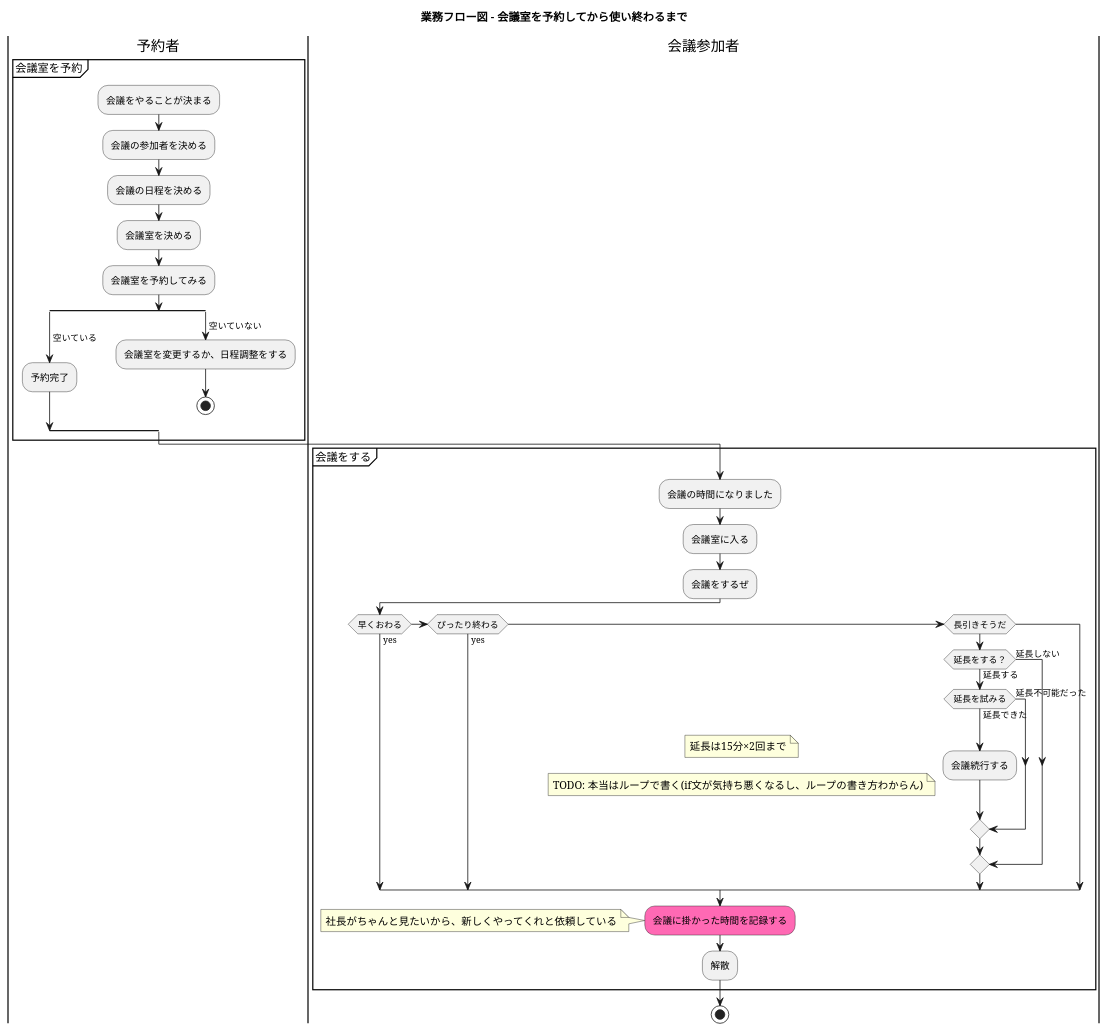
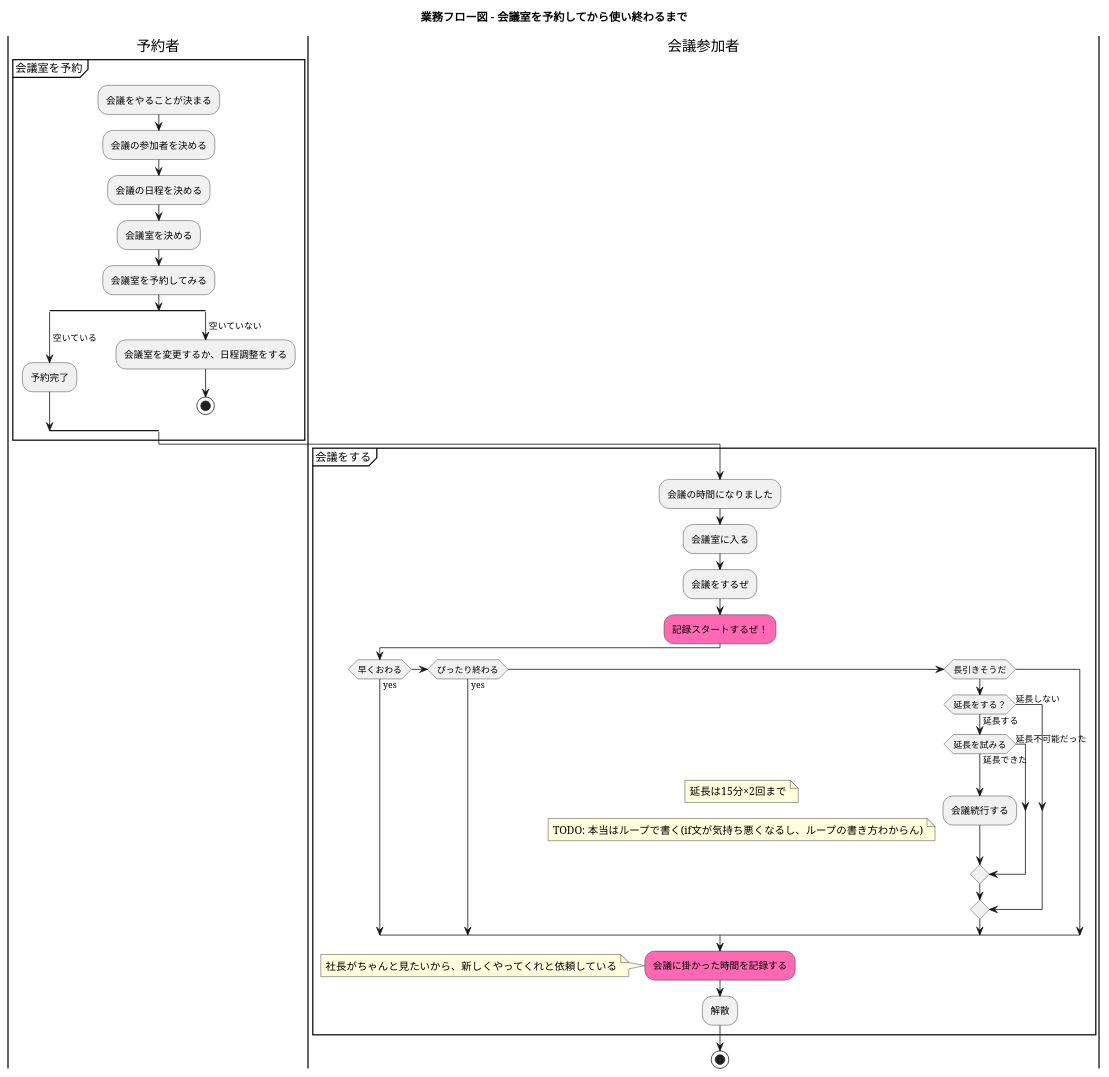
Before and after one commit to ModelingKai/meeting-room-python: the diagram in diagram/業務フロー図.puml, drawn with PlantUML. The commit also changed 2 other files, not shown here.

Commit message:
業務フロー図を参考にドメインモデルとユースケースを更新。「使用実績」という概念を発見した。
- 使用実績について
    - 使用実績のプロパティとかはちょっと怪しいけど、とりあえず要素出揃った感じがある
    - ルール3が「予約」から「使用実績」に移されたのは大きい変化だと思う
    - これをもって、いよいよ、「会議室を予約する」ユースケースが実装できそうな予感
- 感想
    - 業務フロー図からドメインモデルへのフィードバック作戦は使えるぞ！
        - 業務フロー図が強いのは、ユースケースを複合的に見れる点
            - ユースケース図とドメインモデル図を見ているだけでは、判断つかないことは多い
            - 一方、ユースケースを複合的にみると、違和感や置き場所がハッキリする効用がある
    - どういう分析をしたいかによって、集めるデータが変わってくるのも発見！
        - 今回は、単純に「なるべく多くのデータを収集する戦略」を採用
    - 業務フロー図において、アクターの能動的な行動を色塗った
        - これが RDRA2.0 の ユースケース複合図みたいになっていきそう
- @jnuank
    - 使用実績のドメインモデルを書いたけど、「会議室を予約する」を実装するときはスルーできそう
        - スコープがよりハッキリしたと思う！
        - 「会議室を予約する」を実装するときに、「使用実績」は気にしなくていいはず(これは嬉しい！)
        - やらなくていいことをハッキリさせたのってめっちゃ凄くない？ 我ら。

```diff
--- a/diagram/業務フロー図.puml
+++ b/diagram/業務フロー図.puml
@@ -1,56 +1,58 @@
 @startuml
 
 title 業務フロー図 - 会議室を予約してから使い終わるまで
 
 
 |予約者|
 partition 会議室を予約 {
   :会議をやることが決まる;
   :会議の参加者を決める;
   :会議の日程を決める;
   :会議室を決める;
   :会議室を予約してみる;
   split
     -> 空いている;
     :予約完了;
   split again
     -> 空いていない;
     :会議室を変更するか、日程調整をする;
     stop
   end split
 }
 
 |会議参加者|
 
 partition 会議をする {
 :会議の時間になりました;
 :会議室に入る;
 :会議をするぜ;
 
+#HotPink:記録スタートするぜ！;
+
 if (早くおわる) then (yes)
 
 elseif (ぴったり終わる) then (yes)
 
 elseif (長引きそうだ)
   if (延長をする？) then (延長する)
     if (延長を試みる) then (延長できた)
       :会議続行する;
       note left : 延長は15分×2回まで
       note left : TODO: 本当はループで書く(if文が気持ち悪くなるし、ループの書き方わからん)
     else (延長不可能だった)
 
     endif
   else (延長しない)
 
   endif
 endif
 
 #HotPink:会議に掛かった時間を記録する;
 note left: 社長がちゃんと見たいから、新しくやってくれと依頼している
 :解散;
 
 }
 
 stop
 
 @enduml
```
